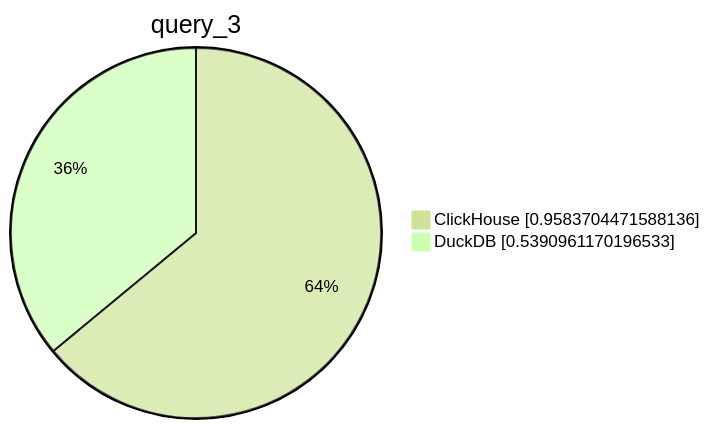
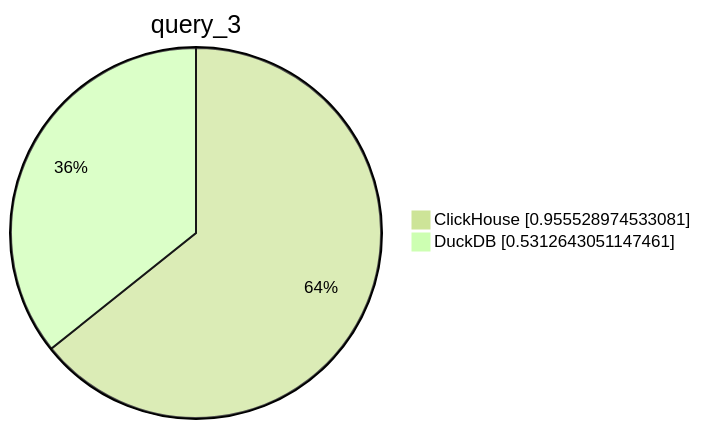
One commit to Altinity/clickhouse-regression changed the fourth of 10 diagrams in parquet/performance/performance_reports/results.md. Above: the diagram before and after it, drawn with Mermaid (forest theme). The commit also changed other lines of this file and 2 other files, not shown here.

````diff
--- a/parquet/performance/performance_reports/results.md
+++ b/parquet/performance/performance_reports/results.md
@@ -28,6 +28,6 @@
 ```mermaid
      pie showData
          title query_3
-         "ClickHouse" : 0.9583704471588136
-         "DuckDB" : 0.5390961170196533
+         "ClickHouse" : 0.955528974533081
+         "DuckDB" : 0.5312643051147461
 ```
````
